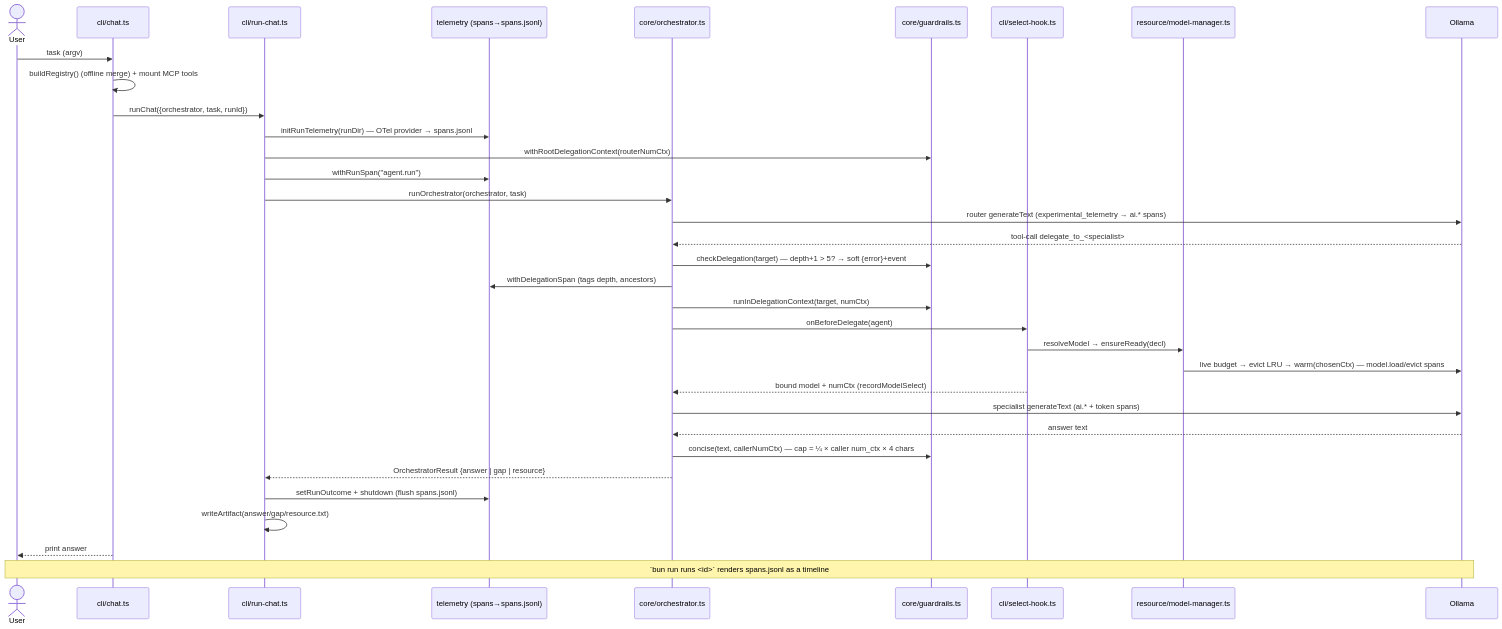
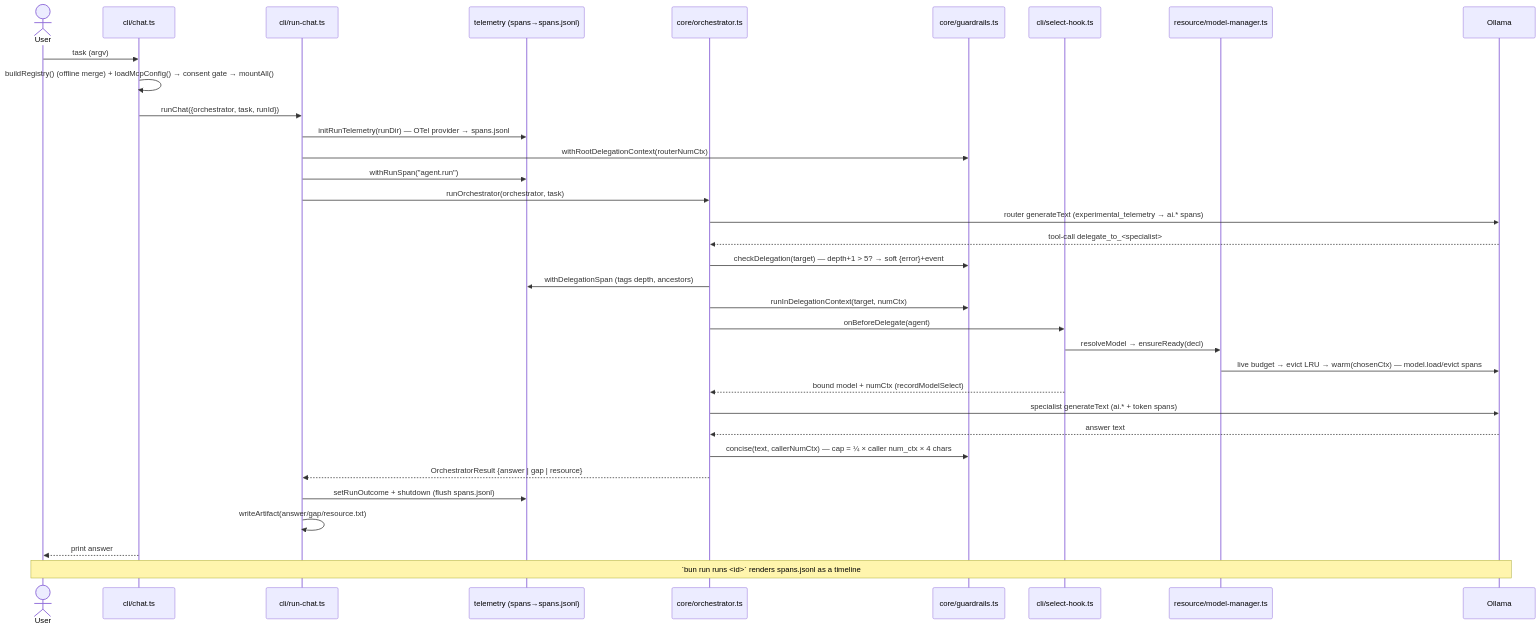
Before and after one commit to inderjotpujara/ai: the second of 3 diagrams in docs/architecture.md, drawn with Mermaid. The commit also changed other lines of this file and 4 other files, not shown here.

Commit message:
docs(mcp): Slice 15 architecture §14 + README/ROADMAP + scoping eval + SDD ledger (Slice 15 Task 6)

````diff
--- a/docs/architecture.md
+++ b/docs/architecture.md
@@ -280,37 +289,37 @@
 ```mermaid
 sequenceDiagram
     actor User
     participant CLI as cli/chat.ts
     participant RunChat as cli/run-chat.ts
     participant Tel as telemetry (spans→spans.jsonl)
     participant Orch as core/orchestrator.ts
     participant Guard as core/guardrails.ts
     participant Hook as cli/select-hook.ts
     participant Mgr as resource/model-manager.ts
     participant Ollama
 
     User->>CLI: task (argv)
-    CLI->>CLI: buildRegistry() (offline merge) + mount MCP tools
+    CLI->>CLI: buildRegistry() (offline merge) + loadMcpConfig() → consent gate → mountAll()
     CLI->>RunChat: runChat({orchestrator, task, runId})
     RunChat->>Tel: initRunTelemetry(runDir) — OTel provider → spans.jsonl
     RunChat->>Guard: withRootDelegationContext(routerNumCtx)
     RunChat->>Tel: withRunSpan("agent.run")
     RunChat->>Orch: runOrchestrator(orchestrator, task)
     Orch->>Ollama: router generateText (experimental_telemetry → ai.* spans)
     Ollama-->>Orch: tool-call delegate_to_<specialist>
     Orch->>Guard: checkDelegation(target) — depth+1 > 5? → soft {error}+event
     Orch->>Tel: withDelegationSpan (tags depth, ancestors)
     Orch->>Guard: runInDelegationContext(target, numCtx)
     Orch->>Hook: onBeforeDelegate(agent)
     Hook->>Mgr: resolveModel → ensureReady(decl)
     Mgr->>Ollama: live budget → evict LRU → warm(chosenCtx) — model.load/evict spans
     Hook-->>Orch: bound model + numCtx (recordModelSelect)
     Orch->>Ollama: specialist generateText (ai.* + token spans)
     Ollama-->>Orch: answer text
     Orch->>Guard: concise(text, callerNumCtx) — cap = ¼ × caller num_ctx × 4 chars
     Orch-->>RunChat: OrchestratorResult {answer | gap | resource}
     RunChat->>Tel: setRunOutcome + shutdown (flush spans.jsonl)
     RunChat->>RunChat: writeArtifact(answer/gap/resource.txt)
     CLI-->>User: print answer
     Note over User,Ollama: `bun run runs <id>` renders spans.jsonl as a timeline
 ```
````
